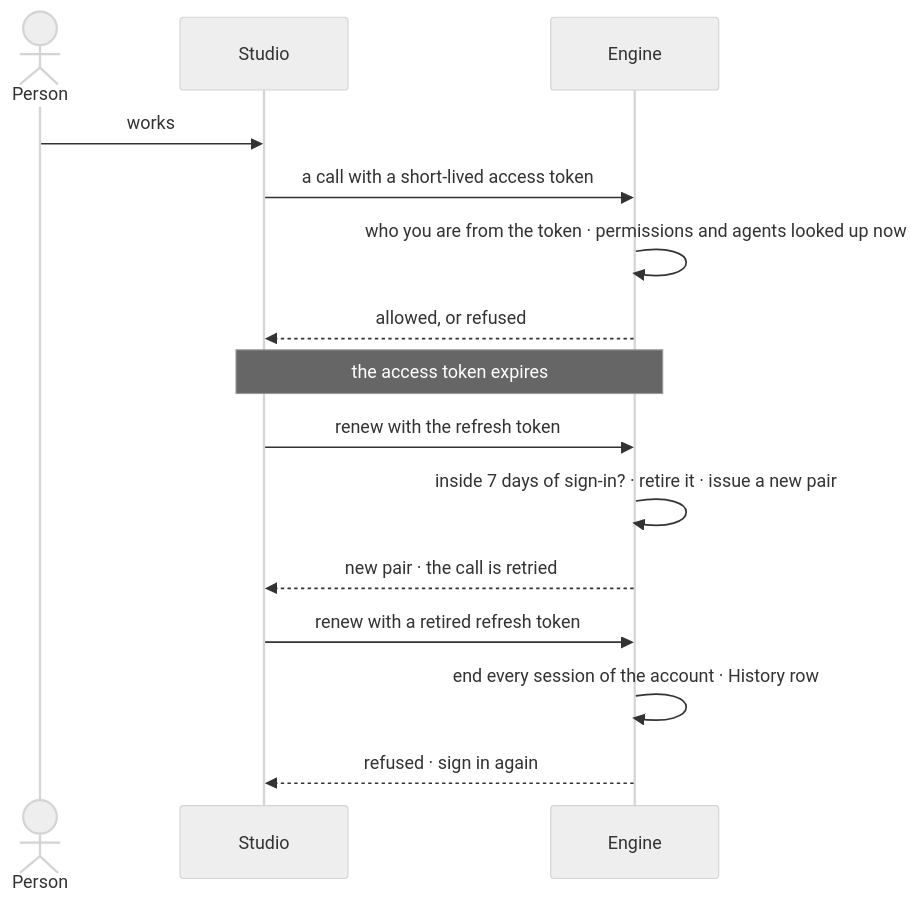
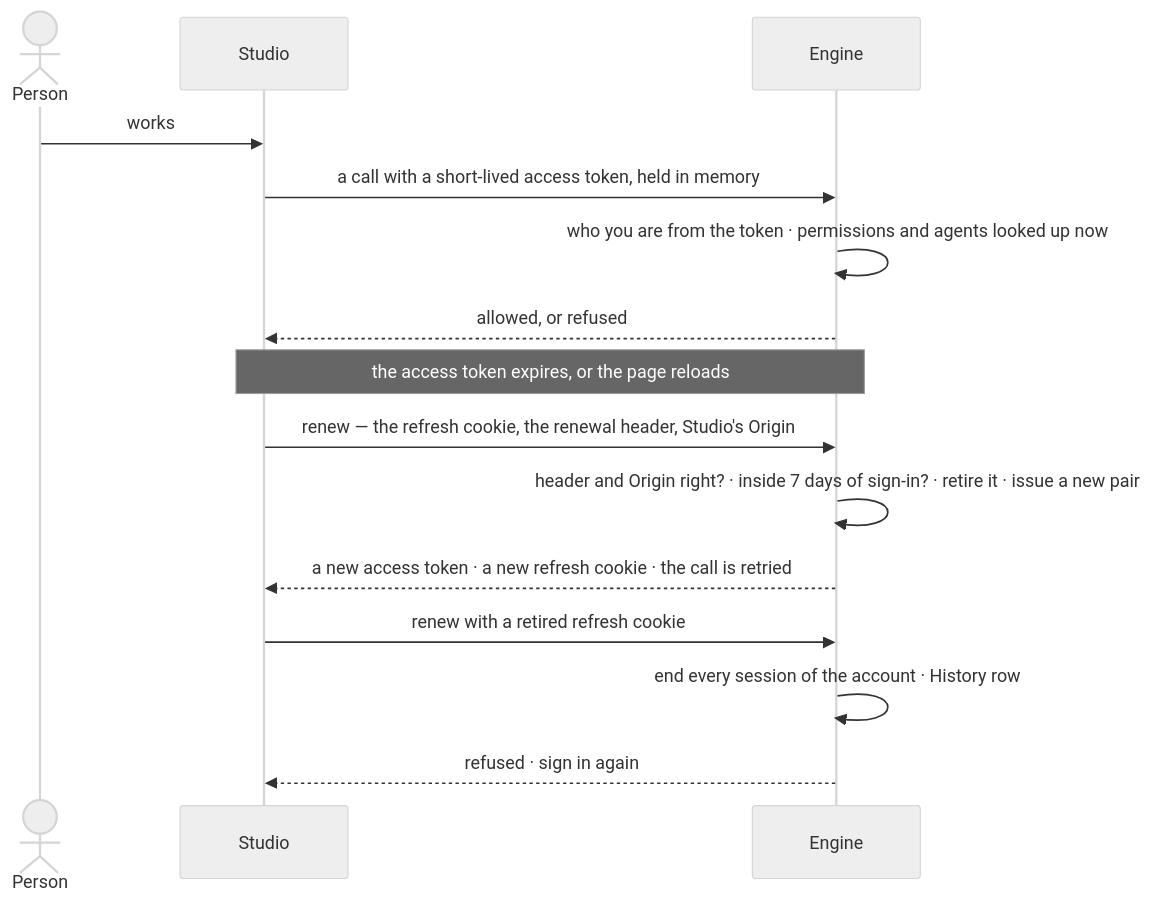
Before and after one commit to invana/invana: the second of 2 diagrams in specs/os/access/features/AC-F01-sign-in-account-and-sessions/feature.md, drawn with Mermaid (neutral theme). The commit also changed other lines of this file and 6 other files, not shown here.

Commit message:
wip(platform-design-3): P02b · step 4 — D2 refresh token in an HttpOnly cookie

````diff
--- a/specs/os/access/features/AC-F01-sign-in-account-and-sessions/feature.md
+++ b/specs/os/access/features/AC-F01-sign-in-account-and-sessions/feature.md
@@ -52,17 +52,17 @@
 ```mermaid
 sequenceDiagram
   actor P as Person
   participant S as Studio
   participant E as Engine
   P->>S: works
-  S->>E: a call with a short-lived access token
+  S->>E: a call with a short-lived access token, held in memory
   E->>E: who you are from the token · permissions and agents looked up now
   E-->>S: allowed, or refused
-  Note over S,E: the access token expires
-  S->>E: renew with the refresh token
-  E->>E: inside 7 days of sign-in? · retire it · issue a new pair
-  E-->>S: new pair · the call is retried
-  S->>E: renew with a retired refresh token
+  Note over S,E: the access token expires, or the page reloads
+  S->>E: renew — the refresh cookie, the renewal header, Studio's Origin
+  E->>E: header and Origin right? · inside 7 days of sign-in? · retire it · issue a new pair
+  E-->>S: a new access token · a new refresh cookie · the call is retried
+  S->>E: renew with a retired refresh cookie
   E->>E: end every session of the account · History row
   E-->>S: refused · sign in again
 ```
````
